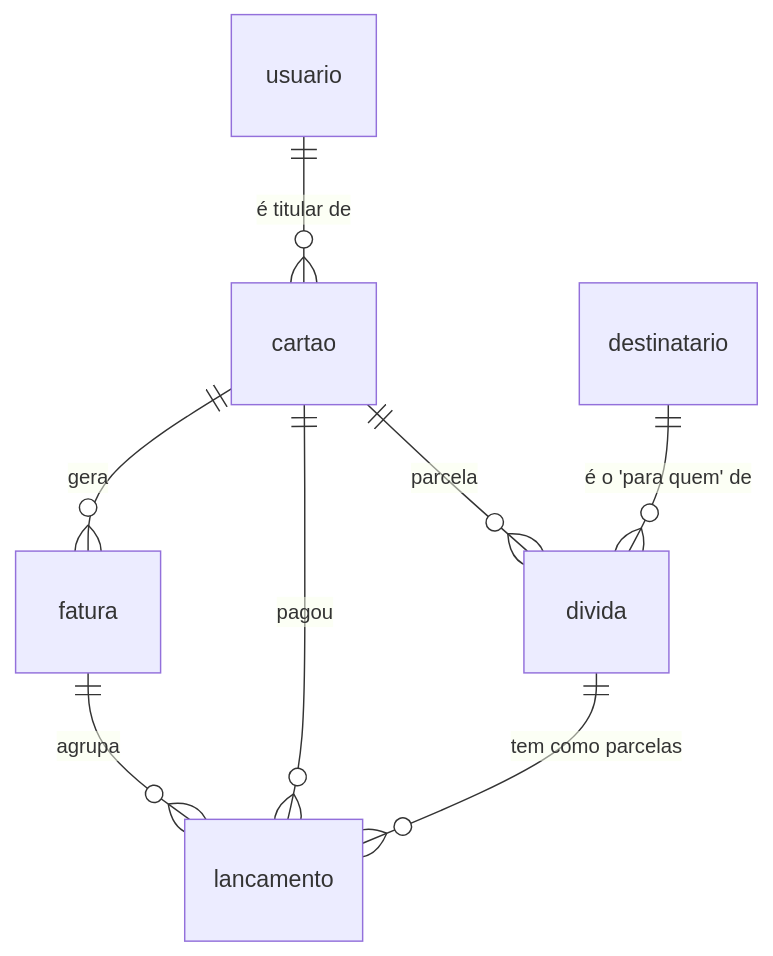
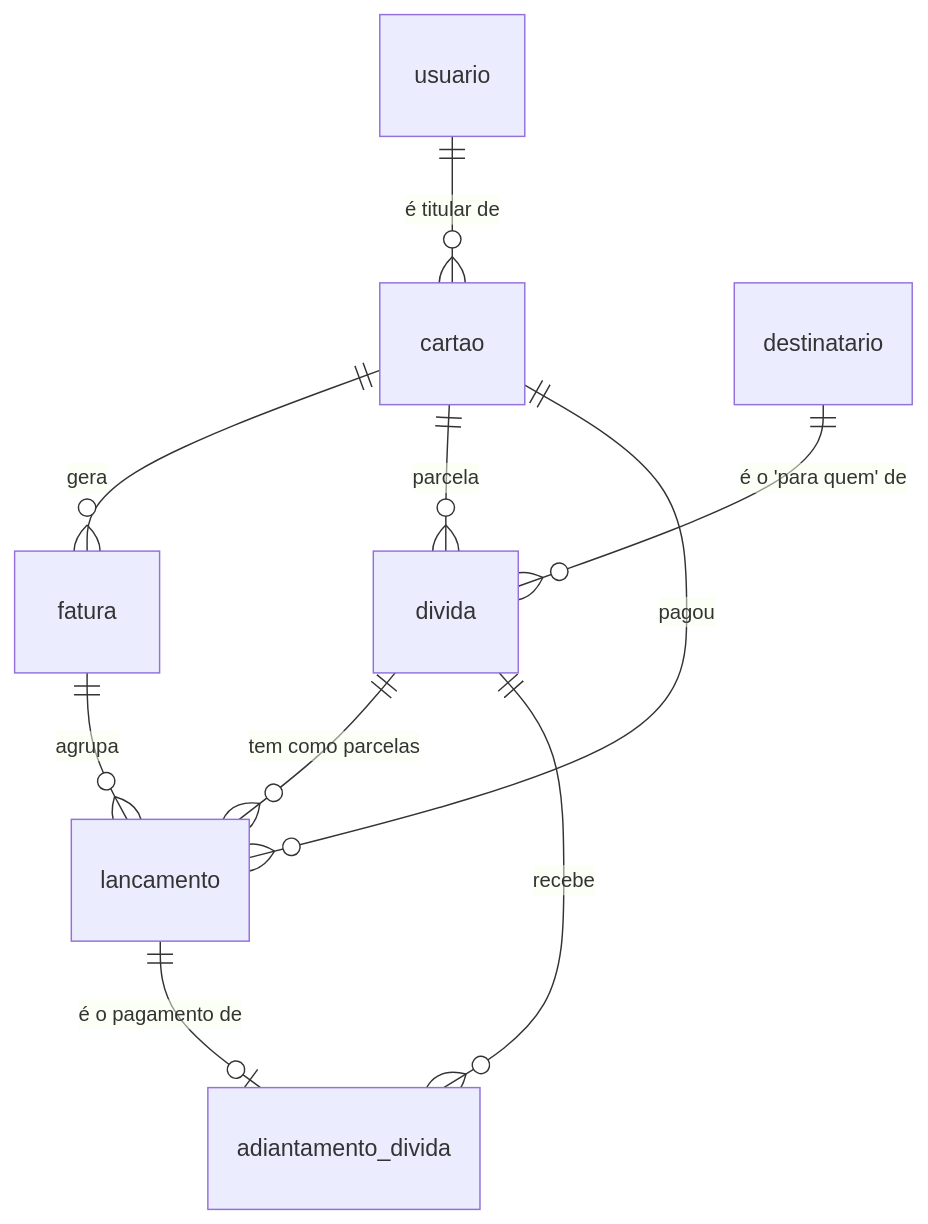
One commit to MarcoTulioSilv/controle-financeiro changed the second of 5 diagrams in docs/design/modelo-dados.md. Above: the diagram before and after it, drawn with Mermaid. The commit also changed other lines of this file and 3 other files, not shown here.

````diff
--- a/docs/design/modelo-dados.md
+++ b/docs/design/modelo-dados.md
@@ -144,10 +144,12 @@
 ```mermaid
 erDiagram
     usuario ||--o{ cartao : "é titular de"
     cartao ||--o{ fatura : "gera"
     cartao ||--o{ divida : "parcela"
     destinatario ||--o{ divida : "é o 'para quem' de"
     fatura ||--o{ lancamento : "agrupa"
     cartao ||--o{ lancamento : "pagou"
     divida ||--o{ lancamento : "tem como parcelas"
+    divida ||--o{ adiantamento_divida : "recebe"
+    lancamento ||--o| adiantamento_divida : "é o pagamento de"
 ```
````
